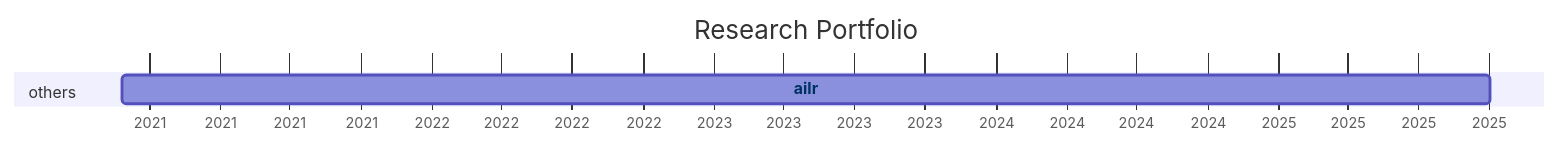
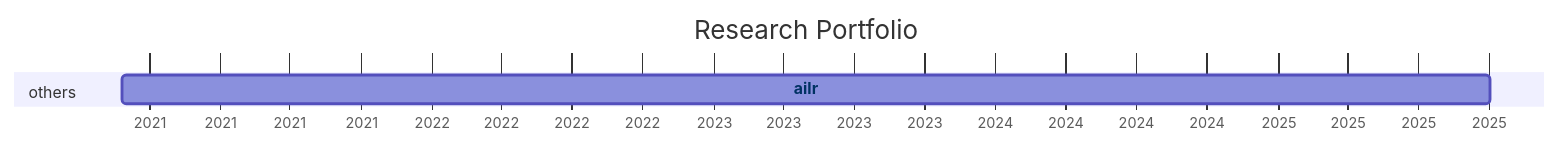
The diagram in docs/20-research/25-projects-gantt.md (digital-work-lab/handbook), drawn with Mermaid before and after one commit.

Commit message:
Update repository overview

````diff
--- a/docs/20-research/25-projects-gantt.md
+++ b/docs/20-research/25-projects-gantt.md
@@ -8,21 +8,21 @@
 ```mermaid
 ---
 displayMode: compact
 ---
 gantt
 title Research Portfolio
 dateFormat YYYY-MM-DD
 axisFormat %Y
 
     section work_practices
 
     section distributed_organizing
 
     section knowledge_synthesis
 
     section others
-        ailr :ailr, 2020-11-26, 2025-10-02
+        ailr :ailr, 2020-11-26, 2025-10-03
 
 
     click ailr href "{{ site.baseurl }}/docs/10-lab/18-resources/ailr.html"
 ```
````
